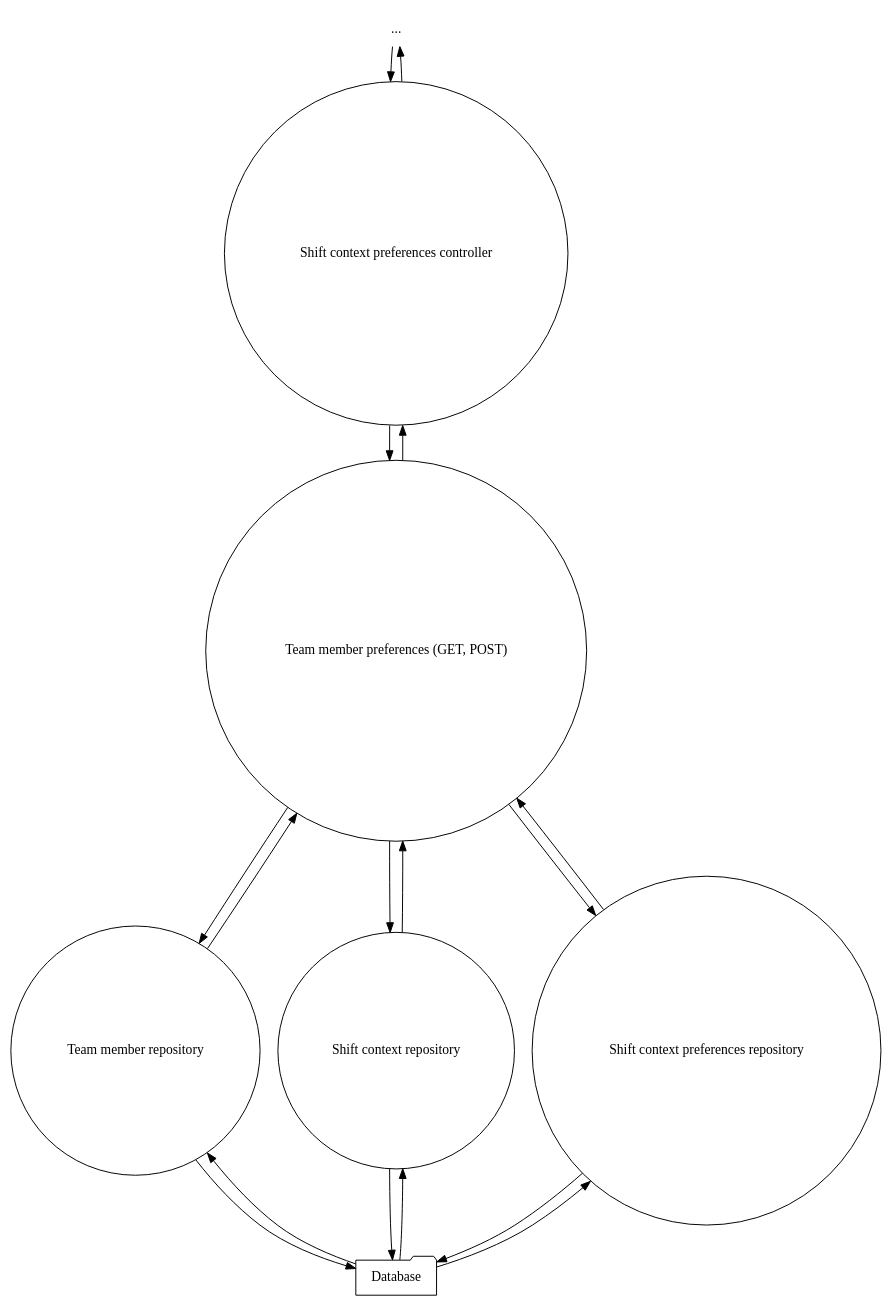
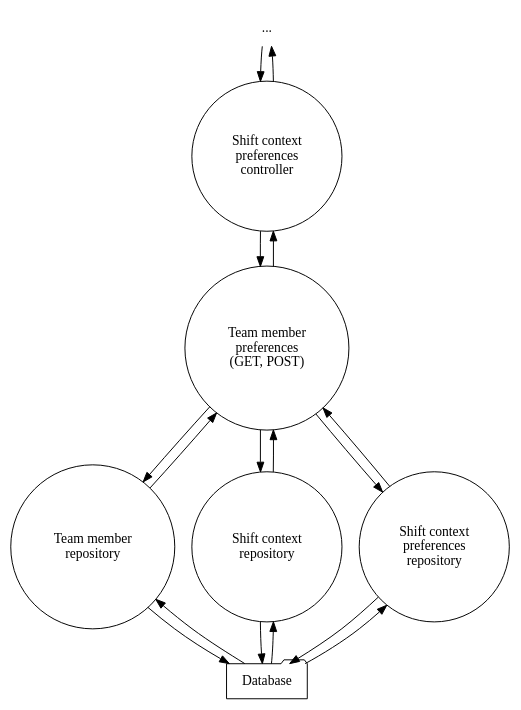
Before and after one commit to luke-hamann/stc-cis-248: the diagram in design/data_flow_diagrams/level_3.2_shift_context_preferences.dot, drawn with Graphviz. The commit also changed 13 other files, not shown here.

```diff
--- a/design/data_flow_diagrams/level_3.2_shift_context_preferences.dot
+++ b/design/data_flow_diagrams/level_3.2_shift_context_preferences.dot
@@ -1,33 +1,33 @@
 digraph data_flow_diagram {
     node [ shape = circle ]
-    
+
     "..." [ shape = none ]
     
-    "..." -> "Shift context preferences controller" -> "..."
+    "..." -> "Shift context\npreferences\ncontroller" -> "..."
     
-    "Shift context preferences controller" -> {
-        "Team member preferences (GET, POST)"
-    } -> "Shift context preferences controller"
+    "Shift context\npreferences\ncontroller" -> {
+        "Team member\npreferences\n(GET, POST)"
+    } -> "Shift context\npreferences\ncontroller"
     
     subgraph repositories {
         rank = same
         
-        "Team member repository"
-        "Shift context repository"
-        "Shift context preferences repository"
+        "Team member\nrepository"
+        "Shift context\nrepository"
+        "Shift context\npreferences \nrepository"
     }
     
-    "Team member preferences (GET, POST)" -> {
-        "Team member repository"
-        "Shift context repository"
-        "Shift context preferences repository"
-    } -> "Team member preferences (GET, POST)"
+    "Team member\npreferences\n(GET, POST)" -> {
+        "Team member\nrepository"
+        "Shift context\nrepository"
+        "Shift context\npreferences \nrepository"
+    } -> "Team member\npreferences\n(GET, POST)"
     
     Database [ shape = folder ]
     
     Database -> {
-        "Team member repository"
-        "Shift context repository"
-        "Shift context preferences repository"
+        "Team member\nrepository"
+        "Shift context\nrepository"
+        "Shift context\npreferences \nrepository"
     } -> Database
 }
```
